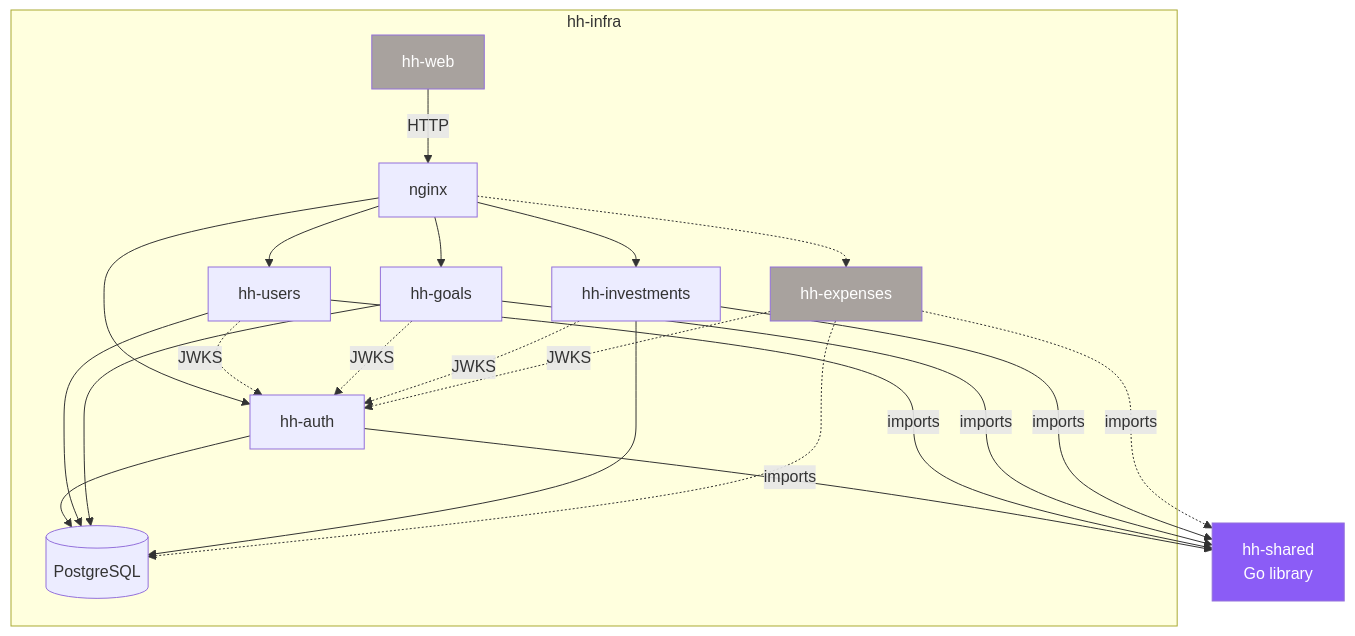
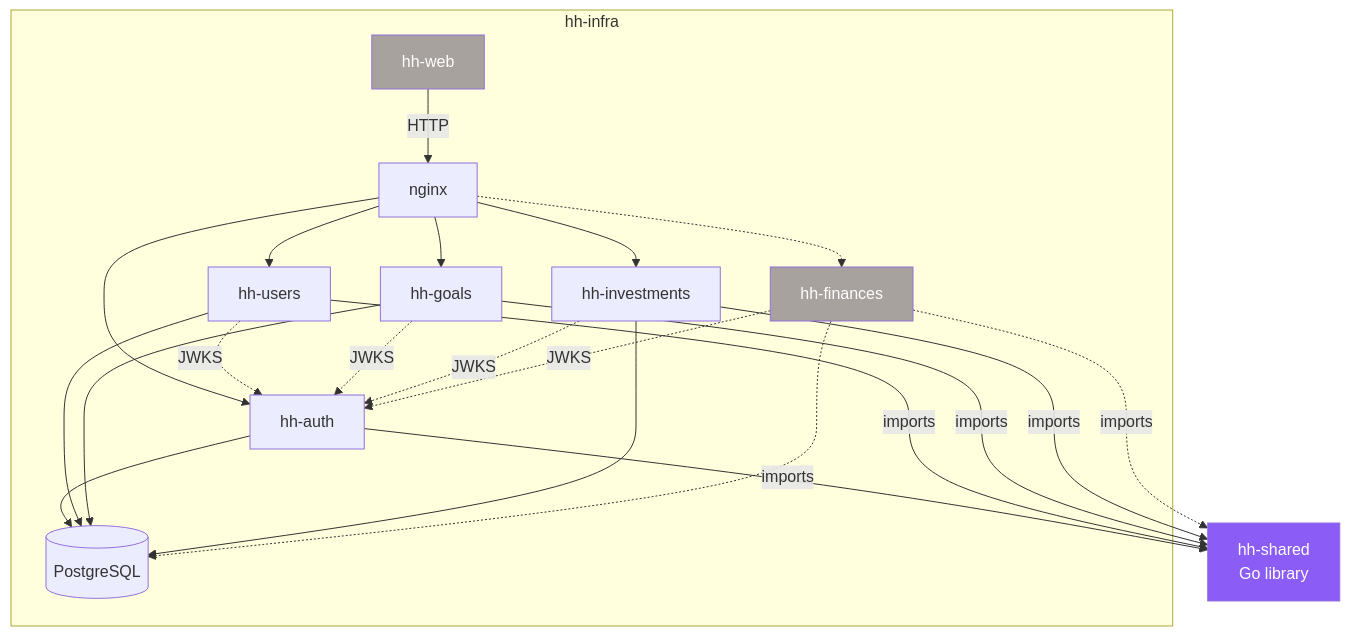
One commit to tiagorocha94/hh-docs changed the first of 3 diagrams in docs/architecture.md. Above: the diagram before and after it, drawn with Mermaid. The commit also changed other lines of this file and 6 other files, not shown here.

First line of the commit message:
Add hh-finances service design (replaces hh-expenses)

````diff
--- a/docs/architecture.md
+++ b/docs/architecture.md
@@ -27,34 +27,34 @@
 ```mermaid
 graph TD
     subgraph hh-infra
         N[nginx]
         PG[(PostgreSQL)]
         WEB[hh-web] -->|HTTP| N
         N --> AUTH[hh-auth]
         N --> USERS[hh-users]
         N --> GOALS[hh-goals]
         N --> INV[hh-investments]
-        N -.-> EXP[hh-expenses]
+        N -.-> EXP[hh-finances]
         AUTH --> PG
         USERS --> PG
         GOALS --> PG
         INV --> PG
         EXP -.-> PG
     end
 
     SHARED[hh-shared<br/>Go library]
     AUTH -->|imports| SHARED
     USERS -->|imports| SHARED
     GOALS -->|imports| SHARED
     INV -->|imports| SHARED
     EXP -.->|imports| SHARED
 
     USERS -.->|JWKS| AUTH
     GOALS -.->|JWKS| AUTH
     INV -.->|JWKS| AUTH
     EXP -.->|JWKS| AUTH
 
     style EXP fill:#a8a29e,color:#fff
     style WEB fill:#a8a29e,color:#fff
     style SHARED fill:#8b5cf6,color:#fff
 ```
````
